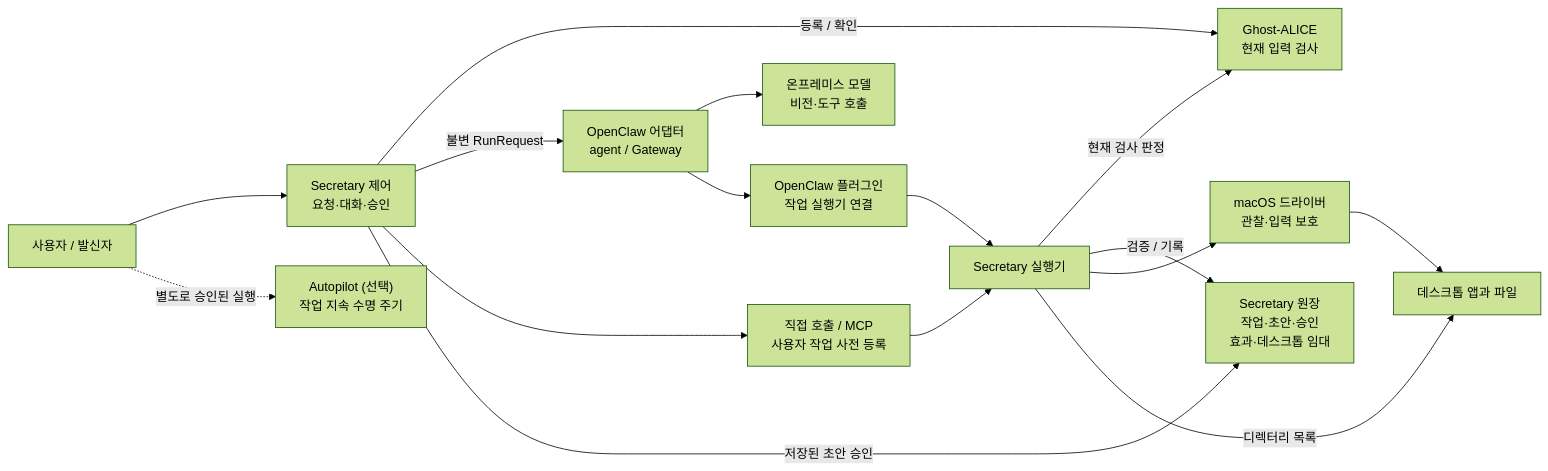
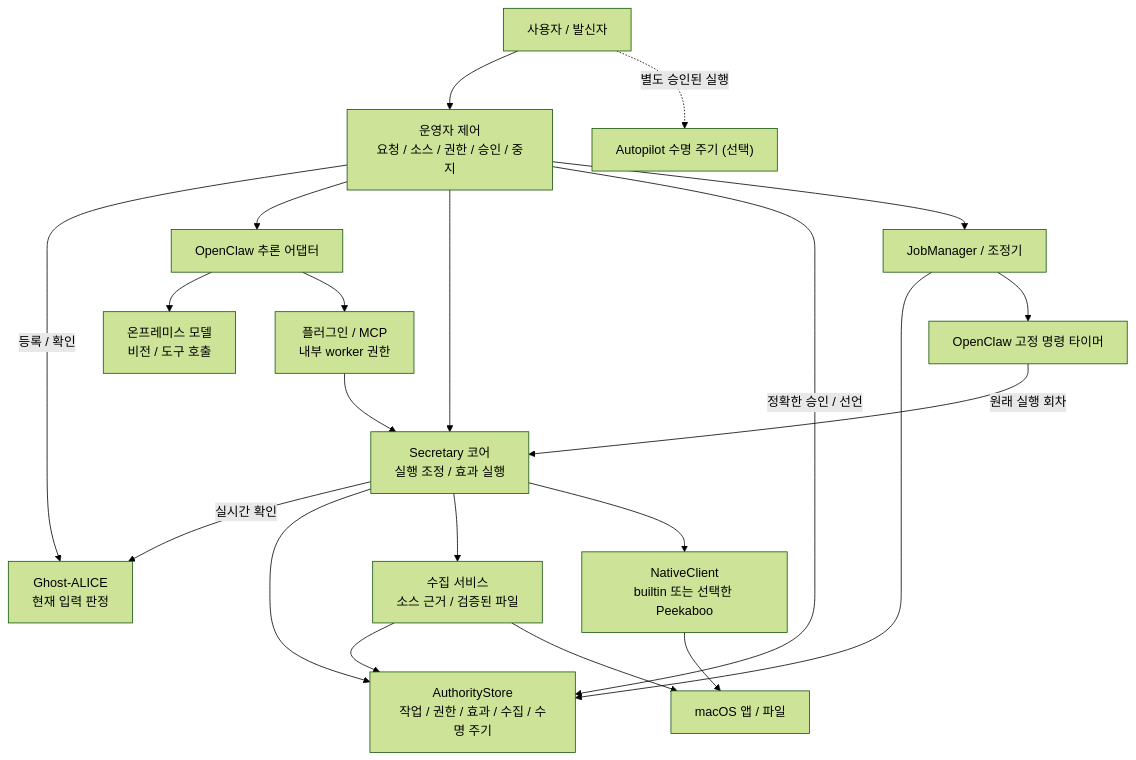
The diagram in README_ko.md (AidALL/ghost-alice-ai-secretary), drawn with Mermaid (forest theme) before and after one commit. The commit also changed other lines of this file and 746 other files, not shown here.

````diff
--- a/README_ko.md
+++ b/README_ko.md
@@ -28,18 +30,23 @@
 ```mermaid
-flowchart LR
-    User["사용자 / 발신자"] --> Control["Secretary 제어<br/>요청·대화·승인"]
-    Control -->|"등록 / 확인"| Ghost["Ghost-ALICE<br/>현재 입력 검사"]
-    Control -->|"불변 RunRequest"| Host["OpenClaw 어댑터<br/>agent / Gateway"]
-    Host --> Model["온프레미스 모델<br/>비전·도구 호출"]
-    Host --> Plugin["OpenClaw 플러그인<br/>작업 실행기 연결"]
-    Plugin --> Executor["Secretary 실행기"]
-    Control --> Direct["직접 호출 / MCP<br/>사용자 작업 사전 등록"]
-    Direct --> Executor
-    Control -->|"저장된 초안 승인"| Ledger["Secretary 원장<br/>작업·초안·승인<br/>효과·데스크톱 임대"]
-    Executor -->|"현재 검사 판정"| Ghost
-    Executor -->|"검증 / 기록"| Ledger
-    Executor --> Native["macOS 드라이버<br/>관찰·입력 보호"]
-    Native --> Desktop["데스크톱 앱과 파일"]
-    Executor -->|"디렉터리 목록"| Desktop
-    User -.->|"별도로 승인된 실행"| Autopilot["Autopilot (선택)<br/>작업 지속 수명 주기"]
+flowchart TB
+    User["사용자 / 발신자"] --> Control["운영자 제어<br/>요청 / 소스 / 권한 / 승인 / 중지"]
+    Control -->|"등록 / 확인"| Ghost["Ghost-ALICE<br/>현재 입력 판정"]
+    Control --> Host["OpenClaw 추론 어댑터"]
+    Host --> Model["온프레미스 모델<br/>비전 / 도구 호출"]
+    Host --> Worker["플러그인 / MCP<br/>내부 worker 권한"]
+    Control --> Core["Secretary 코어<br/>실행 조정 / 효과 실행"]
+    Worker --> Core
+    Core -->|"실시간 확인"| Ghost
+    Control -->|"정확한 승인 / 선언"| Store["AuthorityStore<br/>작업 / 권한 / 효과 / 수집 / 수명 주기"]
+    Core --> Store
+    Core --> Collect["수집 서비스<br/>소스 근거 / 검증된 파일"]
+    Collect --> Store
+    Core --> Native["NativeClient<br/>builtin 또는 선택한 Peekaboo"]
+    Native --> Desktop["macOS 앱 / 파일"]
+    Collect --> Desktop
+    Control --> Jobs["JobManager / 조정기"]
+    Jobs --> Store
+    Jobs --> Timer["OpenClaw 고정 명령 타이머"]
+    Timer -->|"원래 실행 회차"| Core
+    User -.->|"별도 승인된 실행"| Autopilot["Autopilot 수명 주기 (선택)"]
 ```
````
